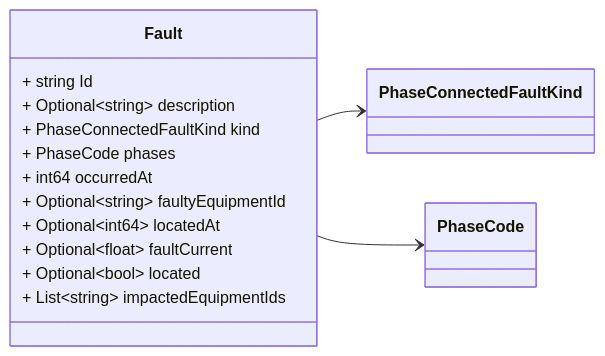
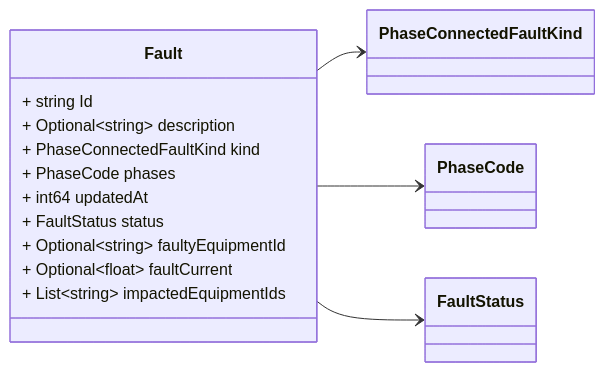
Before and after one commit to zaphiro-technologies/protobuf: the fourth of 6 diagrams in docs/fault.proto.md, drawn with Mermaid. The commit also changed other lines of this file and 6 other files, not shown here.

First line of the commit message:
Adopt `FaultStatus` to manage fault evolution over time (#59)

````diff
--- a/docs/fault.proto.md
+++ b/docs/fault.proto.md
@@ -152,30 +184,30 @@
 ```mermaid
 classDiagram
 direction LR
 
 %% Abnormal condition causing current flow through conducting equipment, such as caused by equipment failure or short circuits from objects not typically modelled (for example, a tree falling on a line).
 %% 
 %% This message is modeled after [CIM Fault](https://zepben.github.io/evolve/docs/cim/cim100/TC57CIM/IEC61970/Base/Faults/Fault) according to the extensions defined in the [fault-data-storage](https://github.com/zaphiro-technologies/architecture/blob/main/features/31-fault-data-storage.md#data-structures) feature.
 %% 
 %% Headers used in rabbitMQ:
 %% * `id` (string): id of the `Fault`
 %% * `type` (string): always `Fault`
 %% * `producerId` (string): the id of the producer (e.g. a PMU) linked to the notification.
 %% 
 
 class Fault {
   + string Id
   + Optional~string~ description
   + PhaseConnectedFaultKind kind
   + PhaseCode phases
-  + int64 occurredAt
+  + int64 updatedAt
+  + FaultStatus status
   + Optional~string~ faultyEquipmentId
-  + Optional~int64~ locatedAt
   + Optional~float~ faultCurrent
-  + Optional~bool~ located
   + List~string~ impactedEquipmentIds
 }
 Fault --> `PhaseConnectedFaultKind`
 Fault --> `PhaseCode`
+Fault --> `FaultStatus`
 
 ```
````
